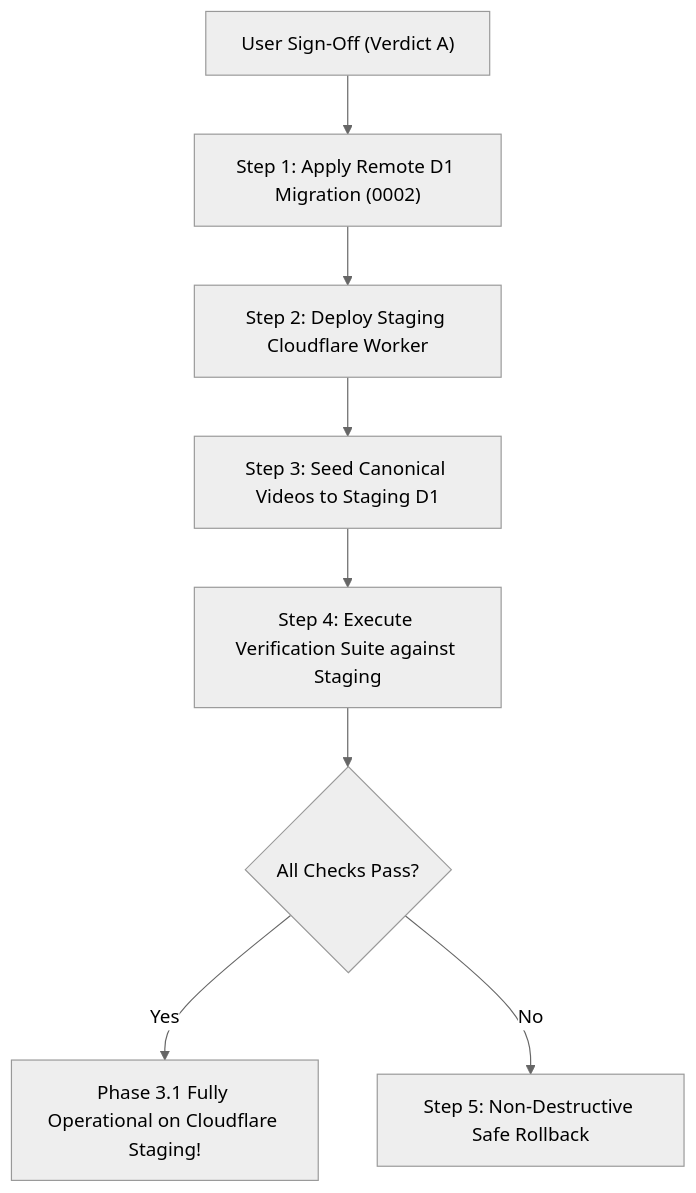
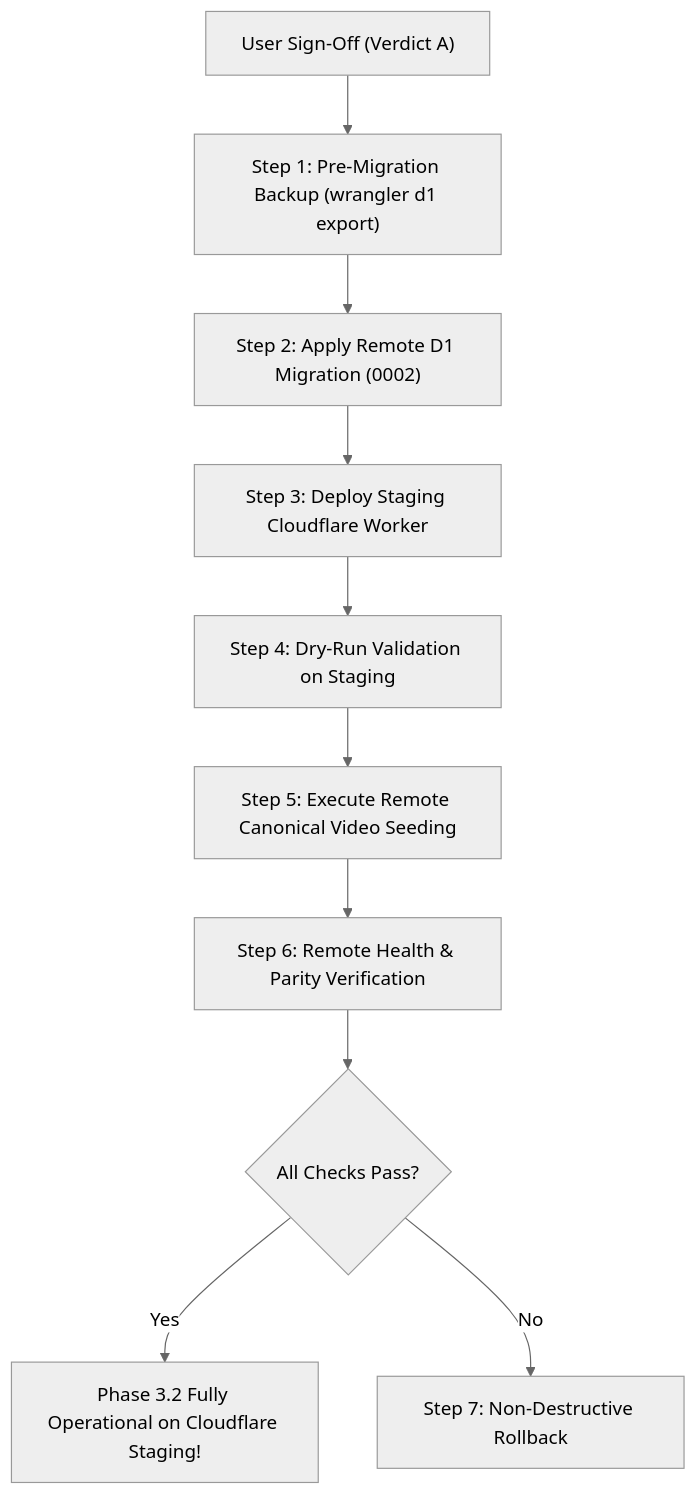
The diagram in docs/reviews/PORTFOLIO_OS_PHASE3_STAGING_APPROVAL_PLAN.md (eigengraun/kerem-mihci-portfolio), drawn with Mermaid (neutral theme) before and after one commit. The commit also changed other lines of this file and 14 other files, not shown here.

Commit message:
fix(phase3.2): resolve video cms staging readiness blockers and hardening

````diff
--- a/docs/reviews/PORTFOLIO_OS_PHASE3_STAGING_APPROVAL_PLAN.md
+++ b/docs/reviews/PORTFOLIO_OS_PHASE3_STAGING_APPROVAL_PLAN.md
@@ -56,10 +72,12 @@
 ```mermaid
 flowchart TD
-    A["User Sign-Off (Verdict A)"] --> B["Step 1: Apply Remote D1 Migration (0002)"]
-    B --> C["Step 2: Deploy Staging Cloudflare Worker"]
-    C --> D["Step 3: Seed Canonical Videos to Staging D1"]
-    D --> E["Step 4: Execute Verification Suite against Staging"]
-    E --> F{"All Checks Pass?"}
-    F -- Yes --> G["Phase 3.1 Fully Operational on Cloudflare Staging!"]
-    F -- No --> H["Step 5: Non-Destructive Safe Rollback"]
+    A["User Sign-Off (Verdict A)"] --> B["Step 1: Pre-Migration Backup (wrangler d1 export)"]
+    B --> C["Step 2: Apply Remote D1 Migration (0002)"]
+    C --> D["Step 3: Deploy Staging Cloudflare Worker"]
+    D --> E["Step 4: Dry-Run Validation on Staging"]
+    E --> F["Step 5: Execute Remote Canonical Video Seeding"]
+    F --> G["Step 6: Remote Health & Parity Verification"]
+    G --> H{"All Checks Pass?"}
+    H -- Yes --> I["Phase 3.2 Fully Operational on Cloudflare Staging!"]
+    H -- No --> J["Step 7: Non-Destructive Rollback"]
 ```
````
